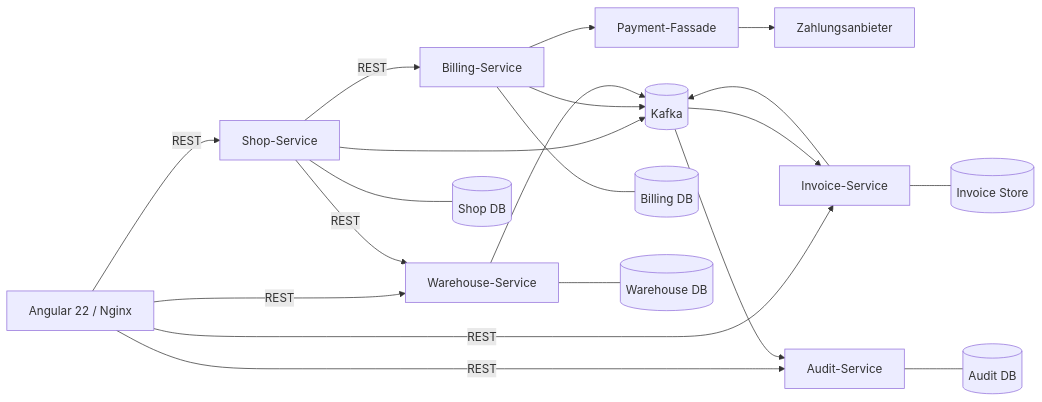
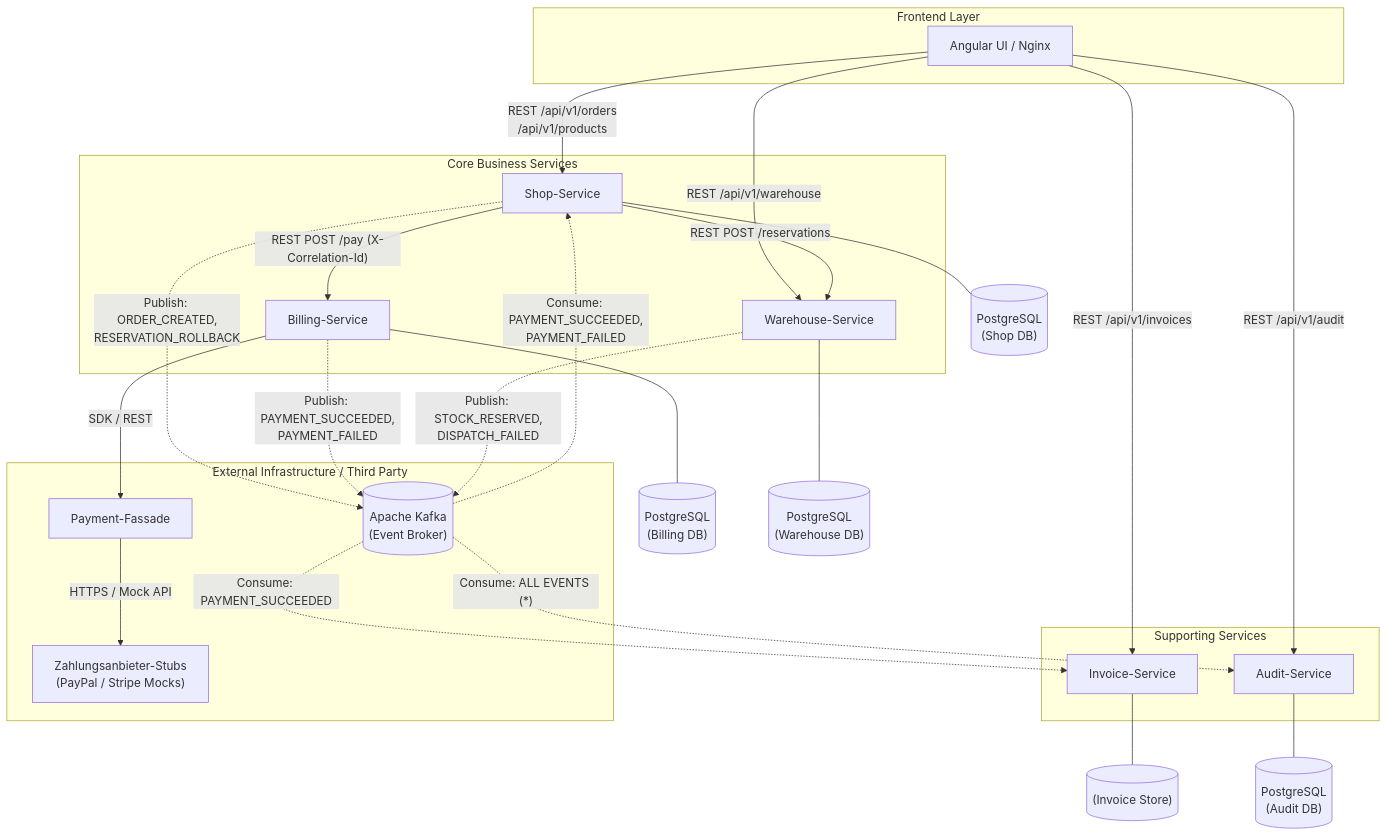
Before and after one commit to Abdelwadoud-Mabrouk/vse-microservice-online-shop: the second of 6 diagrams in docs/architecture.md, drawn with Mermaid. The commit also changed other lines of this file and 37 other files, not shown here.

````diff
--- a/docs/architecture.md
+++ b/docs/architecture.md
@@ -49,35 +49,52 @@
 ```mermaid
-flowchart LR
-    UI["Angular 22 / Nginx"]
-    Shop["Shop-Service"]
-    Warehouse["Warehouse-Service"]
-    Billing["Billing-Service"]
-    Facade["Payment-Fassade"]
-    Provider["Zahlungsanbieter"]
-    Invoice["Invoice-Service"]
-    Audit["Audit-Service"]
-    Kafka[("Kafka")]
+flowchart TD
+    subgraph Frontend ["Frontend Layer"]
+        UI["Angular UI / Nginx"]
+    end
 
-    UI -->|REST| Shop
-    UI -->|REST| Warehouse
-    UI -->|REST| Invoice
-    UI -->|REST| Audit
+    subgraph Core ["Core Business Services"]
+        Shop["Shop-Service"]
+        Warehouse["Warehouse-Service"]
+        Billing["Billing-Service"]
+    end
 
-    Shop -->|REST| Warehouse
-    Shop -->|REST| Billing
-    Billing --> Facade
-    Facade --> Provider
+    subgraph Support ["Supporting Services"]
+        Invoice["Invoice-Service"]
+        Audit["Audit-Service"]
+    end
 
-    Shop --> Kafka
-    Billing --> Kafka
-    Warehouse --> Kafka
-    Invoice --> Kafka
-    Kafka --> Invoice
-    Kafka --> Audit
+    subgraph External ["External Infrastructure / Third Party"]
+        Facade["Payment-Fassade"]
+        Stubs["Zahlungsanbieter-Stubs<br/>(PayPal / Stripe Mocks)"]
+        Kafka[("Apache Kafka<br/>(Event Broker)")]
+    end
 
-    Shop --- ShopDb[("Shop DB")]
-    Billing --- BillingDb[("Billing DB")]
-    Warehouse --- WarehouseDb[("Warehouse DB")]
-    Invoice --- InvoiceStore[("Invoice Store")]
-    Audit --- AuditDb[("Audit DB")]
+    %% Frontend Connections
+    UI -->|"REST /api/v1/orders<br/>/api/v1/products"| Shop
+    UI -->|"REST /api/v1/warehouse"| Warehouse
+    UI -->|"REST /api/v1/invoices"| Invoice
+    UI -->|"REST /api/v1/audit"| Audit
+
+    %% Synchronous Service Communication
+    Shop -->|"REST POST /reservations"| Warehouse
+    Shop -->|"REST POST /pay (X-Correlation-Id)"| Billing
+    Billing -->|"SDK / REST"| Facade
+    Facade -->|"HTTPS / Mock API"| Stubs
+
+    %% Asynchronous Event Streams via Kafka (Publishing)
+    Shop -.->|"Publish: ORDER_CREATED,<br/>RESERVATION_ROLLBACK"| Kafka
+    Billing -.->|"Publish: PAYMENT_SUCCEEDED,<br/>PAYMENT_FAILED"| Kafka
+    Warehouse -.->|"Publish: STOCK_RESERVED,<br/>DISPATCH_FAILED"| Kafka
+    
+    %% Asynchronous Event Streams via Kafka (Consuming)
+    Kafka -.->|"Consume: PAYMENT_SUCCEEDED,<br/>PAYMENT_FAILED"| Shop
+    Kafka -.->|"Consume: PAYMENT_SUCCEEDED"| Invoice
+    Kafka -.->|"Consume: ALL EVENTS (*)"| Audit
+
+    %% Databases
+    Shop --- ShopDb[("PostgreSQL<br/>(Shop DB)")]
+    Billing --- BillingDb[("PostgreSQL<br/>(Billing DB)")]
+    Warehouse --- WarehouseDb[("PostgreSQL<br/>(Warehouse DB)")]
+    Invoice --- InvoiceStore[("(Invoice Store)")]
+    Audit --- AuditDb[("PostgreSQL<br/>(Audit DB)")]
 ```
````
